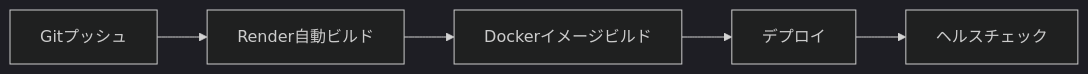
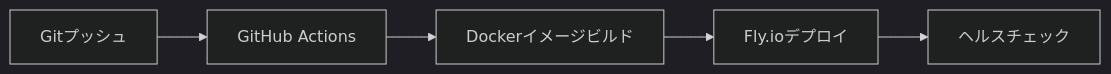
One commit to Hitamuki/bookmark-manager-app changed the third of 3 diagrams in docs/spec/docs/06-インフラ設計/03-production-pre-commercial.md. Above: the diagram before and after it, drawn with Mermaid (dark theme). The commit also changed other lines of this file and 4 other files, not shown here.

````diff
--- a/docs/spec/docs/06-インフラ設計/03-production-pre-commercial.md
+++ b/docs/spec/docs/06-インフラ設計/03-production-pre-commercial.md
@@ -202,7 +202,7 @@
 ```mermaid
 graph LR
-    A[Gitプッシュ] --> B[Render自動ビルド]
+    A[Gitプッシュ] --> B[GitHub Actions]
     B --> C[Dockerイメージビルド]
-    C --> D[デプロイ]
+    C --> D[Fly.ioデプロイ]
     D --> E[ヘルスチェック]
 ```
````
